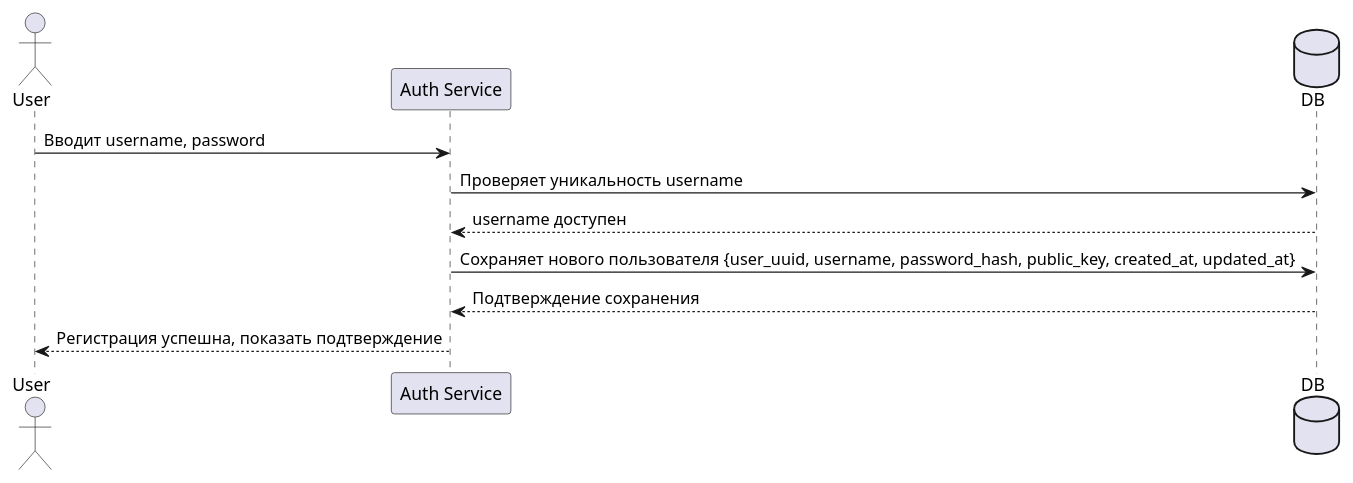
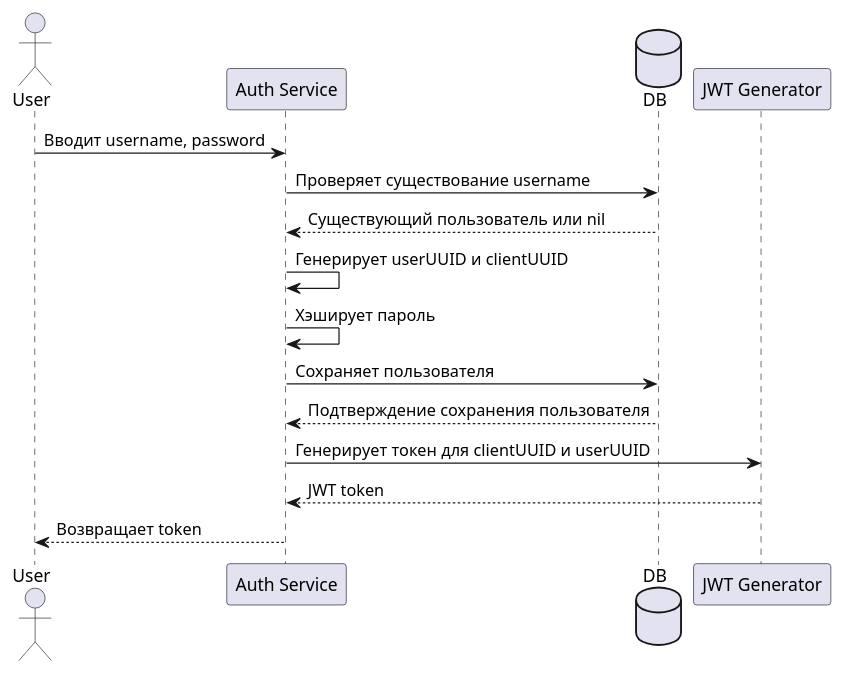
One commit to sbilibin2017/bil-message changed the diagram in docs/register.puml. Above: the diagram before and after it, drawn with PlantUML. The commit also changed 37 other files, not shown here.

```diff
--- a/docs/register.puml
+++ b/docs/register.puml
@@ -1,12 +1,18 @@
 @startuml
 actor User
 participant "Auth Service" as Auth
 database "DB" as DB
+participant "JWT Generator" as JWT
 
 User -> Auth : Вводит username, password
-Auth -> DB : Проверяет уникальность username
-DB --> Auth : username доступен
-Auth -> DB : Сохраняет нового пользователя {user_uuid, username, password_hash, public_key, created_at, updated_at}
-DB --> Auth : Подтверждение сохранения
-Auth --> User : Регистрация успешна, показать подтверждение
+Auth -> DB : Проверяет существование username
+DB --> Auth : Существующий пользователь или nil
+
+Auth -> Auth : Генерирует userUUID и clientUUID
+Auth -> Auth : Хэширует пароль
+Auth -> DB : Сохраняет пользователя 
+DB --> Auth : Подтверждение сохранения пользователя
+Auth -> JWT : Генерирует токен для clientUUID и userUUID
+JWT --> Auth : JWT token
+Auth --> User : Возвращает token
 @enduml
```
